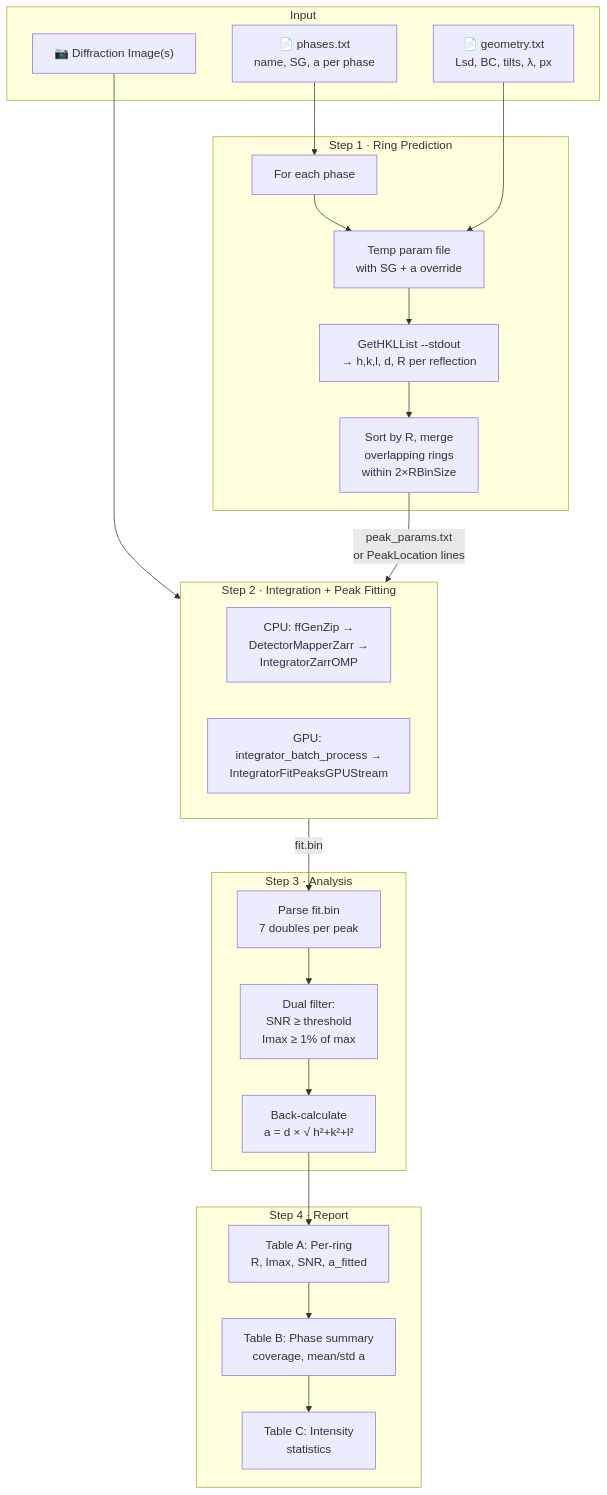
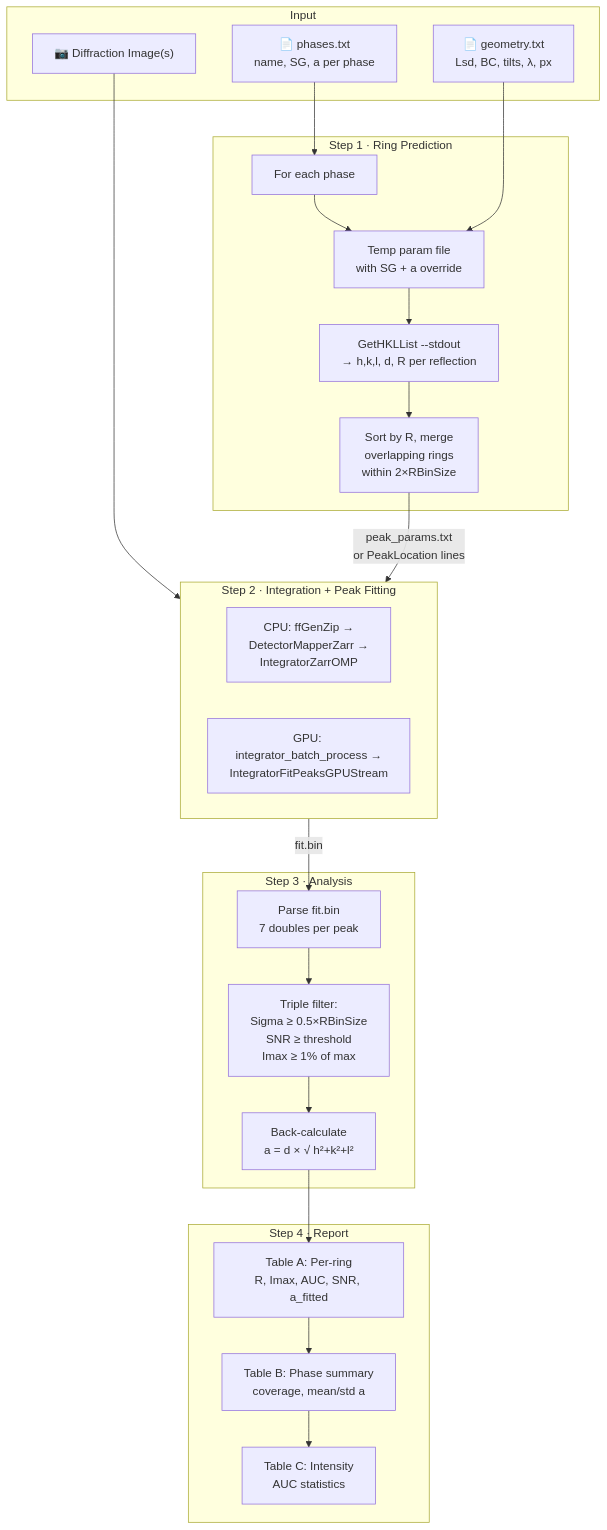
One commit to marinerhemant/MIDAS changed the diagram in manuals/FF_Phase_Identification.md. Above: the diagram before and after it, drawn with Mermaid. The commit also changed other lines of this file and 2 other files, not shown here.

First line of the commit message:
docs: update manuals for phase_id filters, AUC metric, and new CLI args

````diff
--- a/manuals/FF_Phase_Identification.md
+++ b/manuals/FF_Phase_Identification.md
@@ -18,43 +18,43 @@
 ```mermaid
 flowchart TD
     subgraph Input
         IMG["📷 Diffraction Image(s)"]
         GEOM["📄 geometry.txt<br/>Lsd, BC, tilts, λ, px"]
         PHASES["📄 phases.txt<br/>name, SG, a per phase"]
     end
 
     subgraph S1["Step 1 · Ring Prediction"]
         LOOP["For each phase"]
         TMP["Temp param file<br/>with SG + a override"]
         HKL["GetHKLList --stdout<br/>→ h,k,l, d, R per reflection"]
         DEDUP["Sort by R, merge<br/>overlapping rings<br/>within 2×RBinSize"]
     end
 
     PHASES --> LOOP --> TMP --> HKL --> DEDUP
     GEOM --> TMP
 
     subgraph S2["Step 2 · Integration + Peak Fitting"]
         direction LR
         CPU["CPU: ffGenZip →<br/>DetectorMapperZarr →<br/>IntegratorZarrOMP"]
         GPU["GPU: integrator_batch_process →<br/>IntegratorFitPeaksGPUStream"]
     end
 
     IMG --> S2
     DEDUP -->|"peak_params.txt<br/>or PeakLocation lines"| S2
 
     subgraph S3["Step 3 · Analysis"]
         PARSE["Parse fit.bin<br/>7 doubles per peak"]
-        FILTER["Dual filter:<br/>SNR ≥ threshold<br/>Imax ≥ 1% of max"]
+        FILTER["Triple filter:<br/>Sigma ≥ 0.5×RBinSize<br/>SNR ≥ threshold<br/>Imax ≥ 1% of max"]
         CALC["Back-calculate<br/>a = d × √ h²+k²+l² "]
     end
 
     S2 -->|"fit.bin"| PARSE --> FILTER --> CALC
 
     subgraph S4["Step 4 · Report"]
-        T1["Table A: Per-ring<br/>R, Imax, SNR, a_fitted"]
+        T1["Table A: Per-ring<br/>R, Imax, AUC, SNR, a_fitted"]
         T2["Table B: Phase summary<br/>coverage, mean/std a"]
-        T3["Table C: Intensity<br/>statistics"]
+        T3["Table C: Intensity<br/>AUC statistics"]
     end
 
     CALC --> T1 --> T2 --> T3
 ```
````
